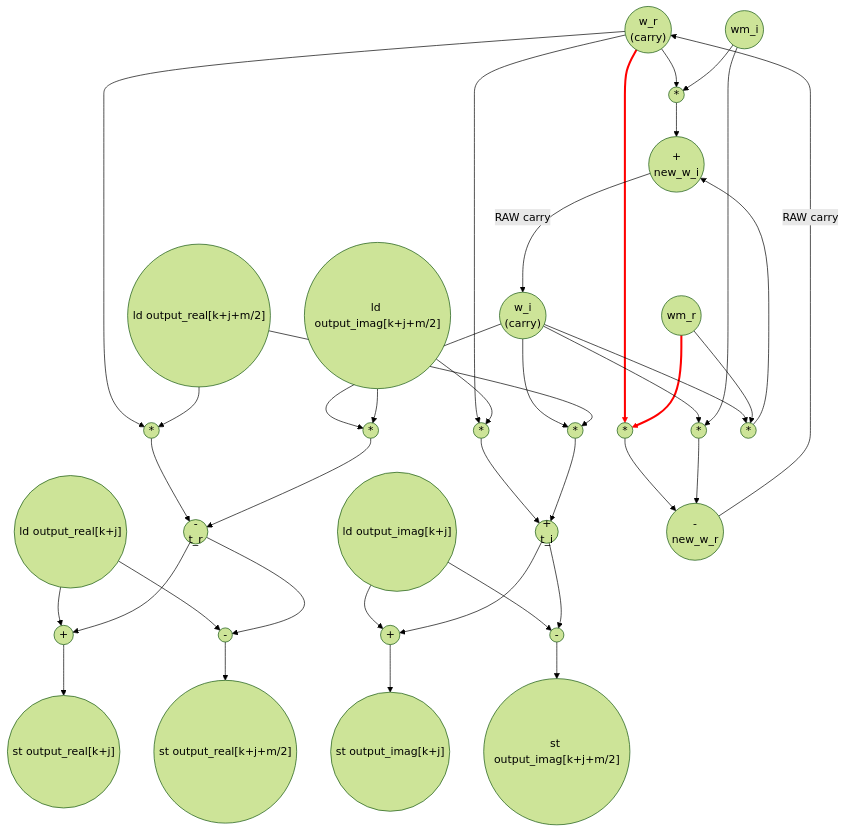
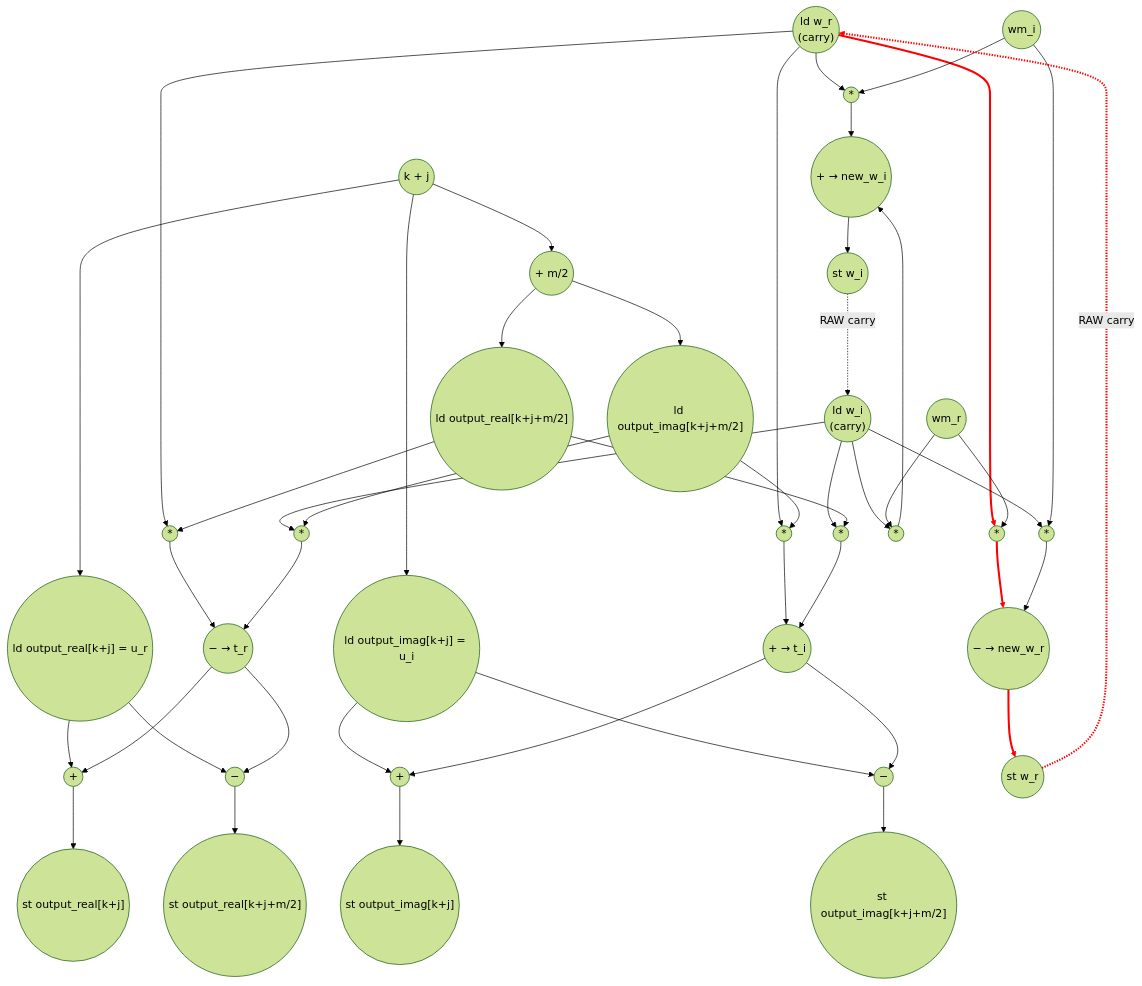
One commit to PolyArch/loom changed the diagram in tests/app/fft_butterfly/fft_butterfly_eval.md. Above: the diagram before and after it, drawn with Mermaid (forest theme). The commit also changed other lines of this file and 2 other files, not shown here.

Commit message:
add edge_update and fft_butterfly

````diff
--- a/tests/app/fft_butterfly/fft_butterfly_eval.md
+++ b/tests/app/fft_butterfly/fft_butterfly_eval.md
@@ -58,48 +232,59 @@
 ```mermaid
 graph TD
-    %% Loop-carry (twiddle from previous j-iter)
-    w_r(("w_r<br>(carry)"))
-    w_i(("w_i<br>(carry)"))
+    %% Carried twiddle (memory-backed: each named read is a 1-cycle load)
+    w_r(("ld w_r<br>(carry)"))
+    w_i(("ld w_i<br>(carry)"))
 
-    %% Loop-invariant stage constants
+    %% Loop-invariant stage twiddle (computed once/stage, broadcast)
     wm_r(("wm_r"))
     wm_i(("wm_i"))
 
-    %% Memory loads
+    %% Index path (k = block const, j from induction, m/2 hoisted)
+    aj((" k + j "))
+    ap((" + m/2 "))
+
+    %% Array loads
     or_p(("ld output_real[k+j+m/2]"))
     oi_p(("ld output_imag[k+j+m/2]"))
-    or_k(("ld output_real[k+j]"))
-    oi_k(("ld output_imag[k+j]"))
+    or_k(("ld output_real[k+j] = u_r"))
+    oi_k(("ld output_imag[k+j] = u_i"))
 
-    %% Butterfly twiddle products  t = w * X
+    %% Twiddle products  t = w·X
     mt1((" * "))
     mt2((" * "))
     mt3((" * "))
     mt4((" * "))
-    t_r((" - <br>t_r "))
-    t_i((" + <br>t_i "))
+    t_r((" − → t_r "))
+    t_i((" + → t_i "))
 
-    %% Output combiners  u ± t
+    %% Output combiners  u ± t  → stores
     add_kr((" + "))
     add_ki((" + "))
-    sub_pr((" - "))
-    sub_pi((" - "))
-
-    %% Stores
+    sub_pr((" − "))
+    sub_pi((" − "))
     st_kr(("st output_real[k+j]"))
     st_ki(("st output_imag[k+j]"))
     st_pr(("st output_real[k+j+m/2]"))
     st_pi(("st output_imag[k+j+m/2]"))
 
-    %% Twiddle update (the recurrence)
+    %% Twiddle update (the II=4 recurrence)
     mw1((" * "))
     mw2((" * "))
     mw3((" * "))
     mw4((" * "))
-    new_w_r((" - <br>new_w_r "))
-    new_w_i((" + <br>new_w_i "))
+    new_w_r((" − → new_w_r "))
+    new_w_i((" + → new_w_i "))
+    st_wr(("st w_r"))
+    st_wi(("st w_i"))
 
-    %% t_r, t_i
+    %% Index path → loads
+    aj --> ap
+    aj --> or_k
+    aj --> oi_k
+    ap --> or_p
+    ap --> oi_p
+
+    %% t = w·X
     w_r --> mt1
     or_p --> mt1
     w_i --> mt2
@@ -113,21 +298,21 @@
     mt3 --> t_i
     mt4 --> t_i
 
-    %% u ± t  → stores
+    %% u ± t → stores
     or_k --> add_kr
+    t_r --> add_kr
+    oi_k --> add_ki
+    t_i --> add_ki
     or_k --> sub_pr
-    t_r --> add_kr
     t_r --> sub_pr
-    oi_k --> add_ki
     oi_k --> sub_pi
-    t_i --> add_ki
     t_i --> sub_pi
     add_kr --> st_kr
     add_ki --> st_ki
     sub_pr --> st_pr
     sub_pi --> st_pi
 
-    %% w-recurrence
+    %% w-update recurrence
     w_r --> mw1
     wm_r --> mw1
     w_i --> mw2
@@ -140,12 +325,16 @@
     mw2 --> new_w_r
     mw3 --> new_w_i
     mw4 --> new_w_i
+    new_w_r --> st_wr
+    new_w_i --> st_wi
 
-    %% Loop-carry back-edges (RAW; dead on the very last j-iter)
-    new_w_r -->|RAW carry| w_r
-    new_w_i -->|RAW carry| w_i
+    %% Loop-carry back-edges (RAW into next iter's w loads; dead on the last iter)
+    st_wr -.->|RAW carry| w_r
+    st_wi -.->|RAW carry| w_i
 
-    %% Critical path: w-recurrence (mul → sub|add → carry), II_j = 2
-    linkStyle 24 stroke:#ff0000,stroke-width:3px;
-    linkStyle 25 stroke:#ff0000,stroke-width:3px;
+    %% Critical path: load w_r → mul (mw1) → new_w_r → store w_r → carry  (II = 4)
+    linkStyle 29 stroke:#ff0000,stroke-width:3px;
+    linkStyle 37 stroke:#ff0000,stroke-width:3px;
+    linkStyle 41 stroke:#ff0000,stroke-width:3px;
+    linkStyle 43 stroke:#ff0000,stroke-width:3px;
 ```
````
